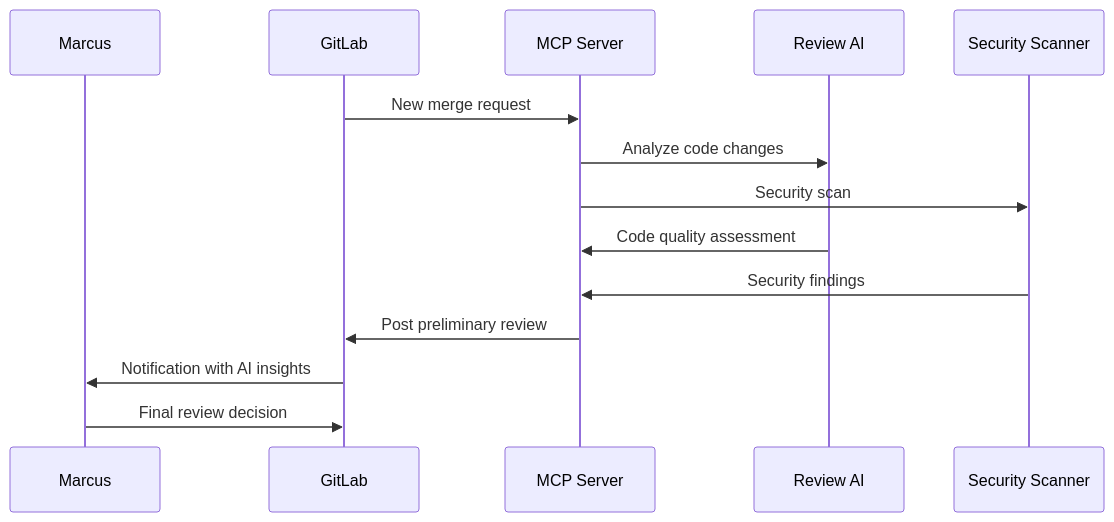
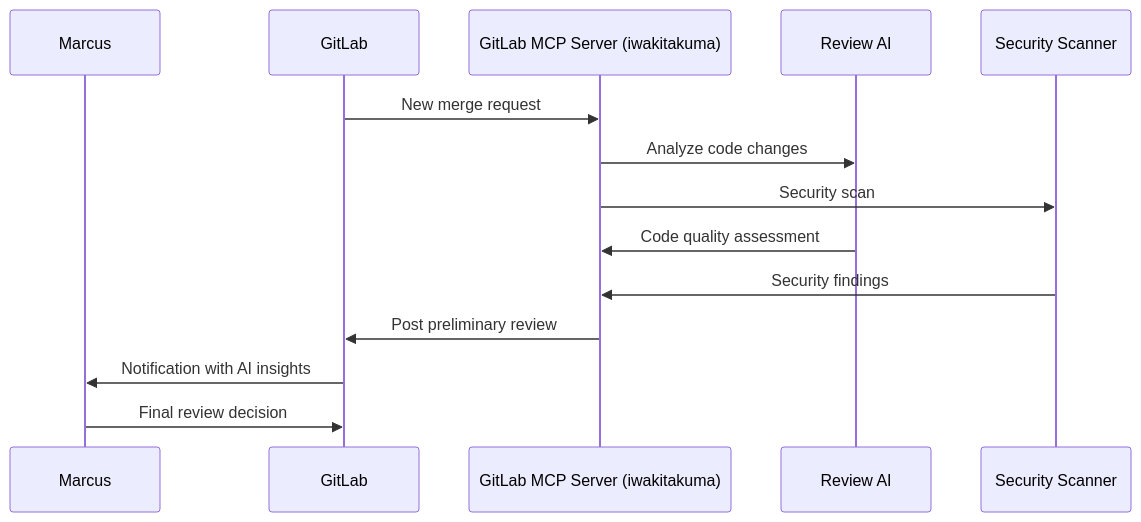
One commit to brunseba/lab_dev-mcp-gitlab changed the seventh of 13 diagrams in docs/design/context-and-personas.md. Above: the diagram before and after it, drawn with Mermaid. The commit also changed other lines of this file and 36 other files, not shown here.

````diff
--- a/docs/design/context-and-personas.md
+++ b/docs/design/context-and-personas.md
@@ -242,17 +242,17 @@
 ```mermaid
 sequenceDiagram
     participant Marcus
     participant GitLab
-    participant MCP as MCP Server
+    participant MCP as GitLab MCP Server (iwakitakuma)
     participant AI as Review AI
     participant Security as Security Scanner
     
     GitLab->>MCP: New merge request
     MCP->>AI: Analyze code changes
     MCP->>Security: Security scan
     AI->>MCP: Code quality assessment
     Security->>MCP: Security findings
     MCP->>GitLab: Post preliminary review
     GitLab->>Marcus: Notification with AI insights
     Marcus->>GitLab: Final review decision
 ```
````
